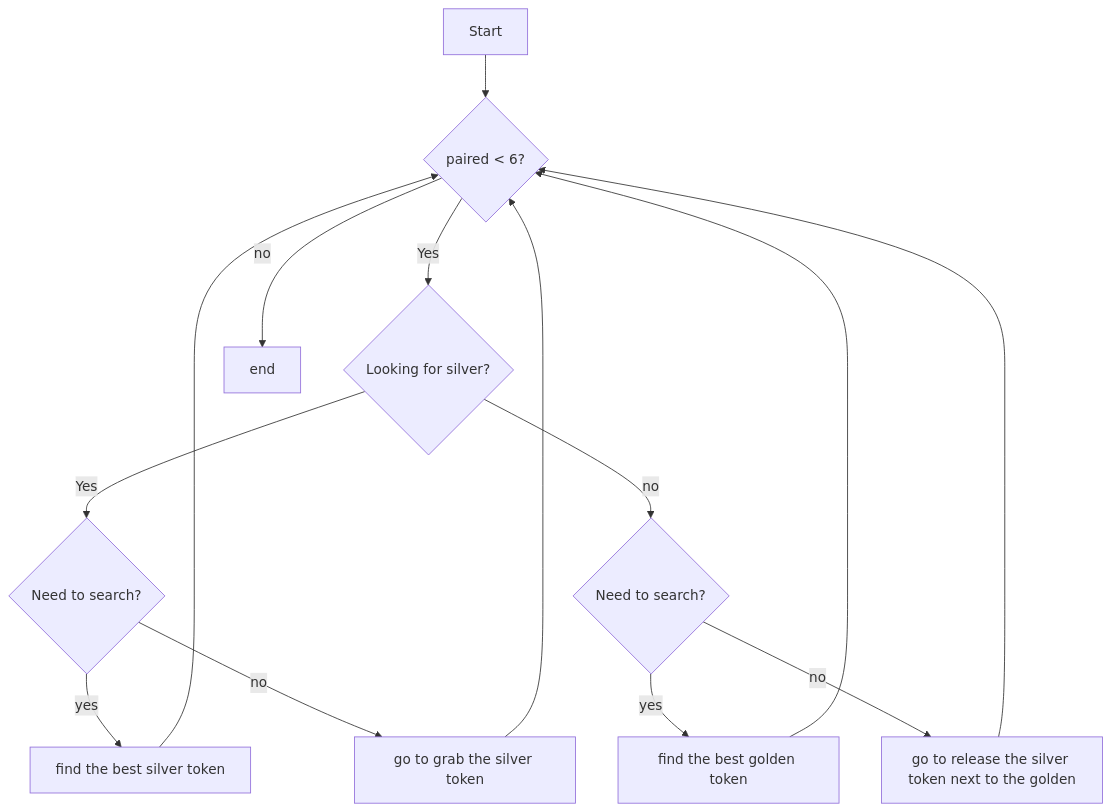
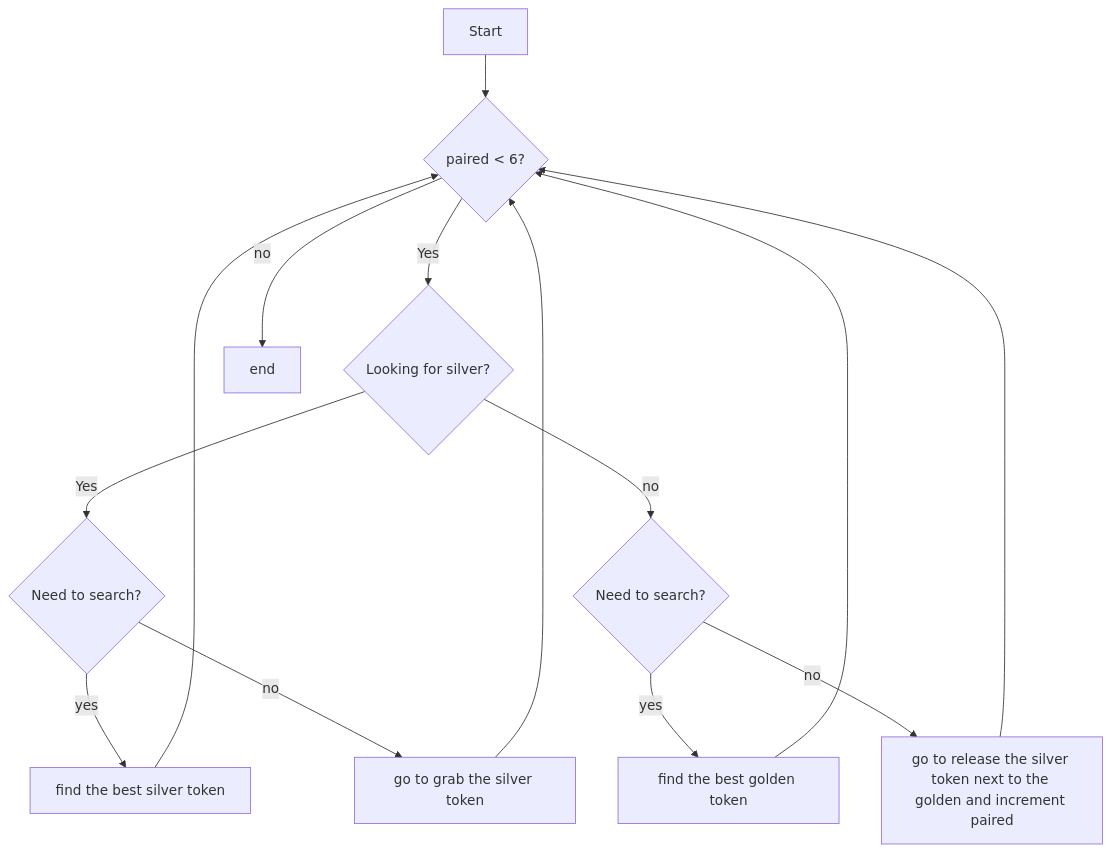
The diagram in robot-sim/README.md (FabrizioLeopardi/ResearchTrackI), drawn with Mermaid before and after one commit. The commit also changed other lines of this file, not shown here.

Commit message:
refinementsIII

````diff
--- a/robot-sim/README.md
+++ b/robot-sim/README.md
@@ -19,16 +19,16 @@
 ```mermaid
 graph TD
 A[Start] --> B{paired < 6?}
 B -- Yes --> C{Looking for silver?}
 B -- no --> J[end] 
 C -- Yes --> D{Need to search?} 
 C -- no --> G{Need to search?} 
 D -- yes --> E[find the best silver token]
 D -- no --> F[go to grab the silver token]
 E --> B
 F --> B
 G -- yes --> H[find the best golden token]
-G -- no --> I[go to release the silver token next to the golden]
+G -- no --> I[go to release the silver token next to the golden and increment paired]
 H --> B
 I --> B
 ```
````
